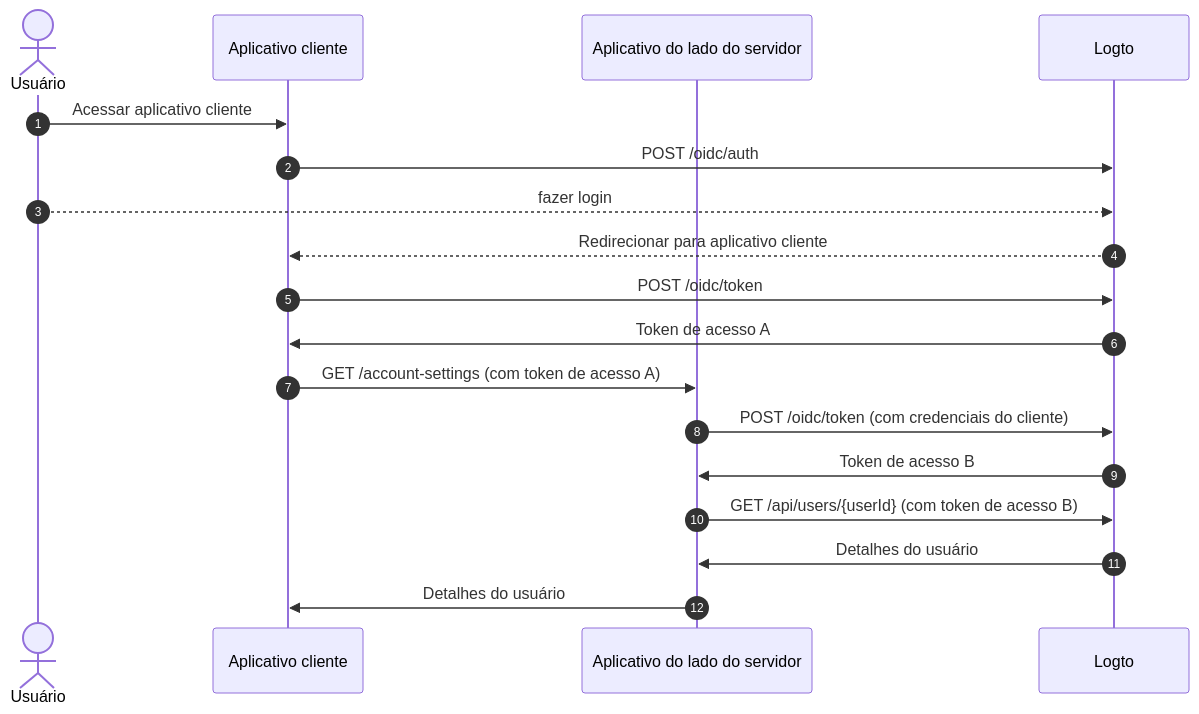
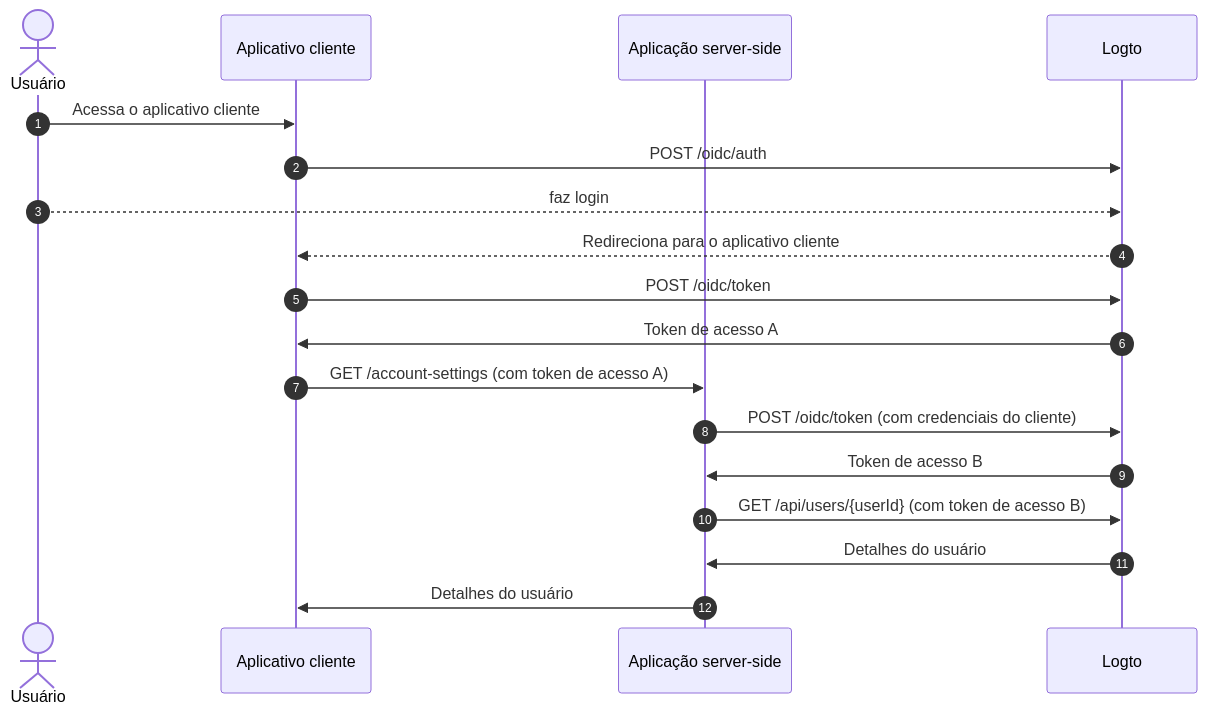
The second of 3 diagrams in i18n/pt-BR/docusaurus-plugin-content-docs/current/end-user-flows/account-settings/by-management-api.mdx (logto-io/docs), drawn with Mermaid before and after one commit. The commit also changed other lines of this file and 137 other files, not shown here.

````diff
--- a/i18n/pt-BR/docusaurus-plugin-content-docs/current/end-user-flows/account-settings/by-management-api.mdx
+++ b/i18n/pt-BR/docusaurus-plugin-content-docs/current/end-user-flows/account-settings/by-management-api.mdx
@@ -27,21 +27,21 @@
 ```mermaid
   sequenceDiagram
     autonumber
     actor User as Usuário
     participant Client as Aplicativo cliente
-    participant Server as Aplicativo do lado do servidor
+    participant Server as Aplicação server-side
     participant Logto as Logto
 
-    User ->> Client: Acessar aplicativo cliente
+    User ->> Client: Acessa o aplicativo cliente
     Client ->> Logto: POST /oidc/auth
-    User -->> Logto: fazer login
-    Logto -->> Client: Redirecionar para aplicativo cliente
+    User -->> Logto: faz login
+    Logto -->> Client: Redireciona para o aplicativo cliente
     Client ->> Logto: POST /oidc/token
     Logto ->> Client: Token de acesso A
     Client ->> Server: GET /account-settings (com token de acesso A)
     Server ->> Logto: POST /oidc/token (com credenciais do cliente)
     Logto ->> Server: Token de acesso B
     Server ->> Logto: GET /api/users/{userId} (com token de acesso B)
     Logto ->> Server: Detalhes do usuário
     Server ->> Client: Detalhes do usuário
 ```
````
